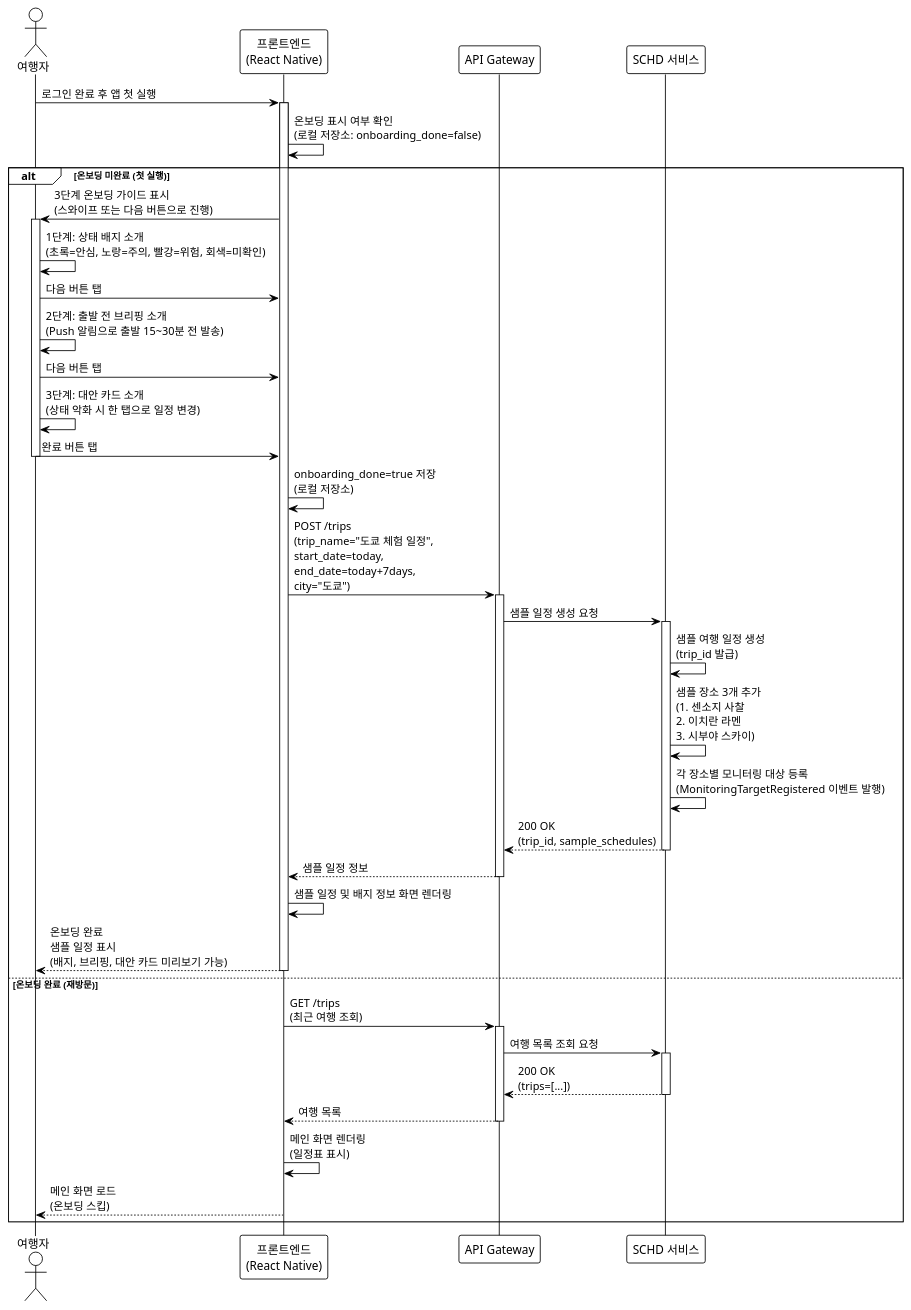
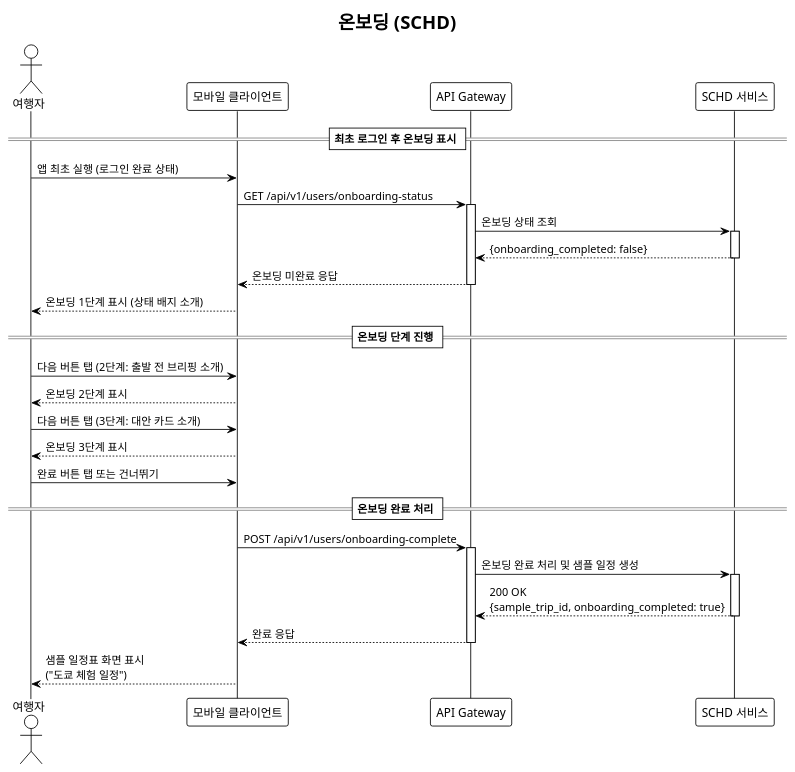
The diagram in docs/design/sequence/outer/02-온보딩.puml (hiondal/travel-planner), drawn with PlantUML before and after one commit. The commit also changed 196 other files, not shown here.

```diff
--- a/docs/design/sequence/outer/02-온보딩.puml
+++ b/docs/design/sequence/outer/02-온보딩.puml
@@ -1,62 +1,45 @@
 @startuml
 !theme mono
 
+title 온보딩 (SCHD)
+
 actor "여행자" as user
-participant "프론트엔드\n(React Native)" as fe
+participant "모바일 클라이언트" as fe
 participant "API Gateway" as gw
 participant "SCHD 서비스" as schd
 
-user -> fe: 로그인 완료 후 앱 첫 실행
-activate fe
+== 최초 로그인 후 온보딩 표시 ==
+user -> fe : 앱 최초 실행 (로그인 완료 상태)
+fe -> gw : GET /api/v1/users/onboarding-status
+activate gw
+gw -> schd : 온보딩 상태 조회
+activate schd
+schd --> gw : {onboarding_completed: false}
+deactivate schd
+gw --> fe : 온보딩 미완료 응답
+deactivate gw
 
-fe -> fe: 온보딩 표시 여부 확인\n(로컬 저장소: onboarding_done=false)
+fe --> user : 온보딩 1단계 표시 (상태 배지 소개)
 
-alt 온보딩 미완료 (첫 실행)
-    fe -> user: 3단계 온보딩 가이드 표시\n(스와이프 또는 다음 버튼으로 진행)
-    activate user
+== 온보딩 단계 진행 ==
+user -> fe : 다음 버튼 탭 (2단계: 출발 전 브리핑 소개)
+fe --> user : 온보딩 2단계 표시
 
-    user -> user: 1단계: 상태 배지 소개\n(초록=안심, 노랑=주의, 빨강=위험, 회색=미확인)
-    user -> fe: 다음 버튼 탭
+user -> fe : 다음 버튼 탭 (3단계: 대안 카드 소개)
+fe --> user : 온보딩 3단계 표시
 
-    user -> user: 2단계: 출발 전 브리핑 소개\n(Push 알림으로 출발 15~30분 전 발송)
-    user -> fe: 다음 버튼 탭
+user -> fe : 완료 버튼 탭 또는 건너뛰기
 
-    user -> user: 3단계: 대안 카드 소개\n(상태 악화 시 한 탭으로 일정 변경)
-    user -> fe: 완료 버튼 탭
-    deactivate user
+== 온보딩 완료 처리 ==
+fe -> gw : POST /api/v1/users/onboarding-complete
+activate gw
+gw -> schd : 온보딩 완료 처리 및 샘플 일정 생성
+activate schd
+schd --> gw : 200 OK\n{sample_trip_id, onboarding_completed: true}
+deactivate schd
+gw --> fe : 완료 응답
+deactivate gw
 
-    fe -> fe: onboarding_done=true 저장\n(로컬 저장소)
-
-    fe -> gw: POST /trips\n(trip_name="도쿄 체험 일정",\nstart_date=today,\nend_date=today+7days,\ncity="도쿄")
-    activate gw
-    gw -> schd: 샘플 일정 생성 요청
-    activate schd
-    schd -> schd: 샘플 여행 일정 생성\n(trip_id 발급)
-    schd -> schd: 샘플 장소 3개 추가\n(1. 센소지 사찰\n2. 이치란 라멘\n3. 시부야 스카이)
-    schd -> schd: 각 장소별 모니터링 대상 등록\n(MonitoringTargetRegistered 이벤트 발행)
-    schd --> gw: 200 OK\n(trip_id, sample_schedules)
-    deactivate schd
-    gw --> fe: 샘플 일정 정보
-    deactivate gw
-
-    fe -> fe: 샘플 일정 및 배지 정보 화면 렌더링
-    fe --> user: 온보딩 완료\n샘플 일정 표시\n(배지, 브리핑, 대안 카드 미리보기 가능)
-    deactivate fe
-
-else 온보딩 완료 (재방문)
-    fe -> gw: GET /trips\n(최근 여행 조회)
-    activate gw
-    gw -> schd: 여행 목록 조회 요청
-    activate schd
-    schd --> gw: 200 OK\n(trips=[...])
-    deactivate schd
-    gw --> fe: 여행 목록
-    deactivate gw
-
-    fe -> fe: 메인 화면 렌더링\n(일정표 표시)
-    fe --> user: 메인 화면 로드\n(온보딩 스킵)
-    deactivate fe
-
-end
+fe --> user : 샘플 일정표 화면 표시\n("도쿄 체험 일정")
 
 @enduml
```
